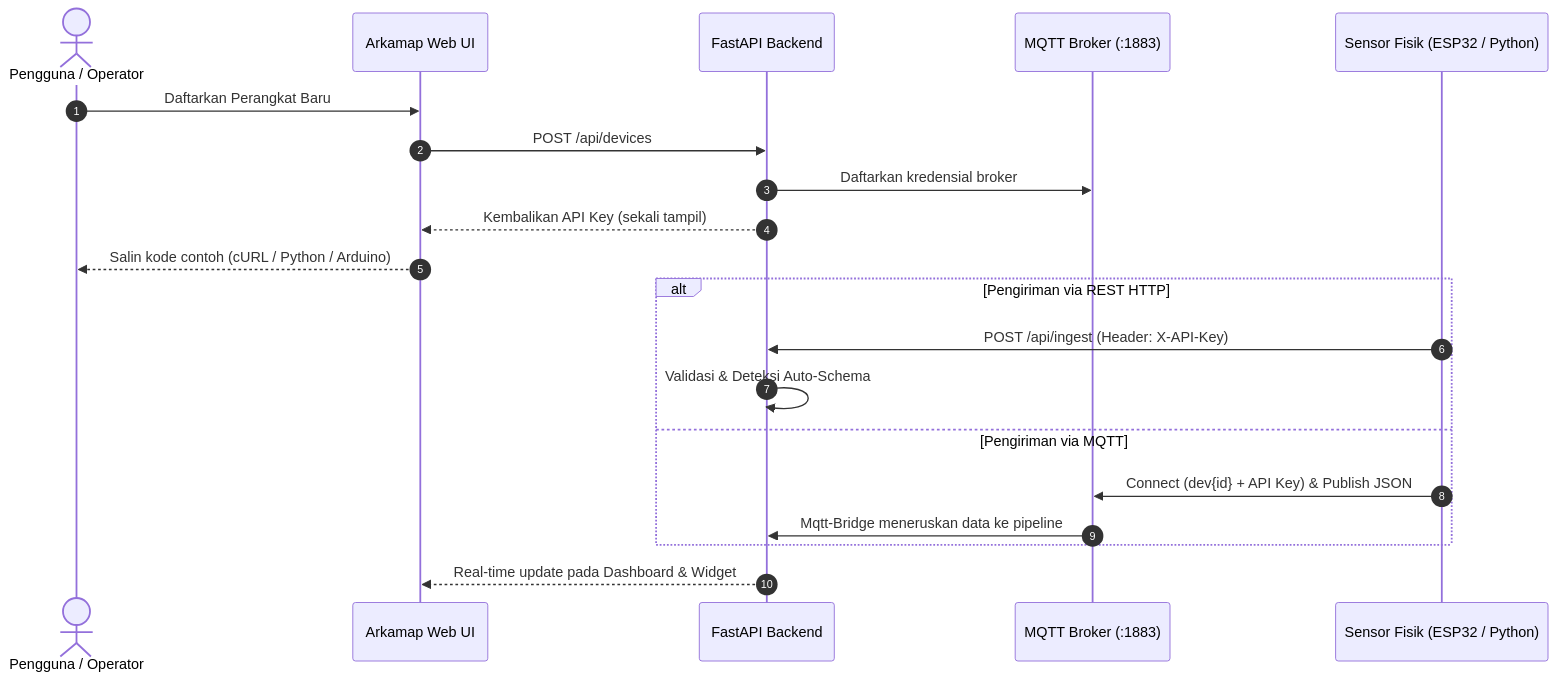
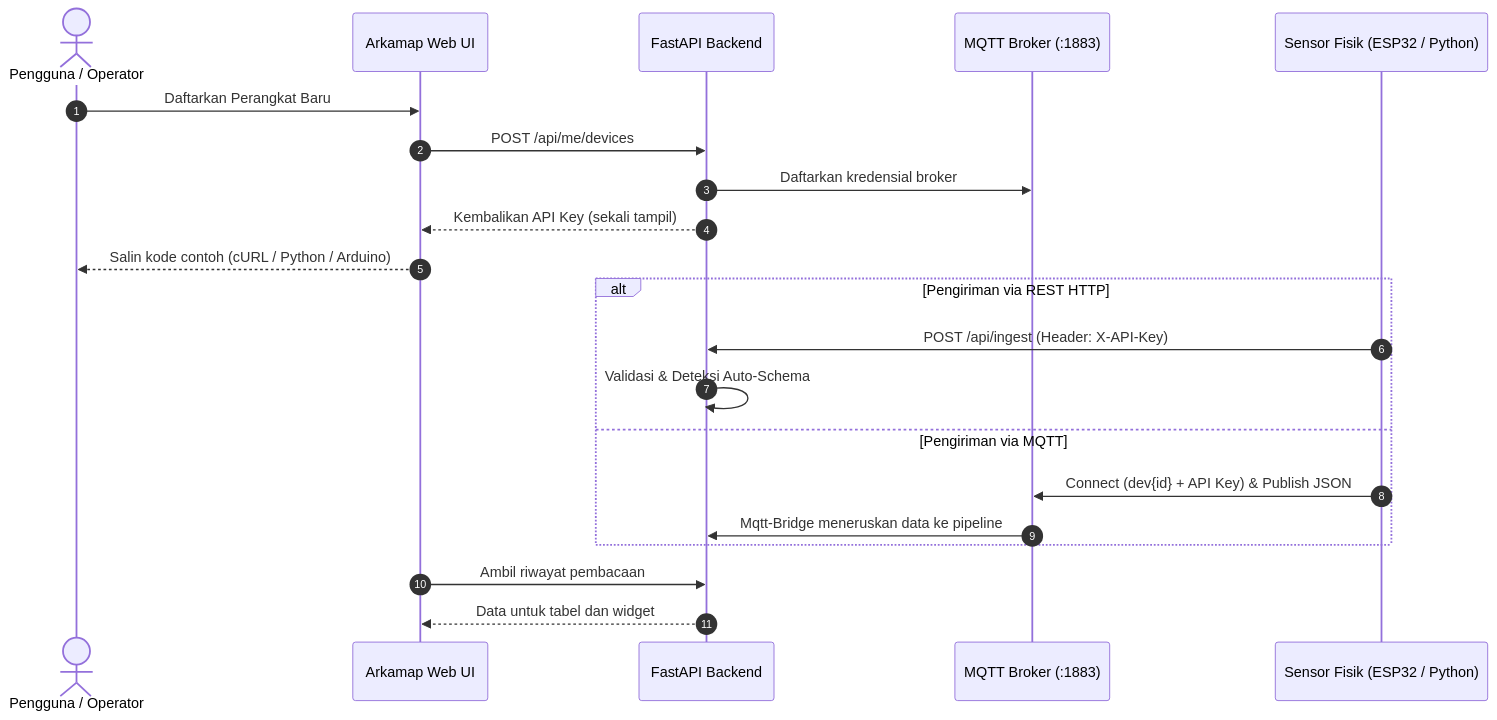
One commit to ex-machina-org/arkamap changed the second of 2 diagrams in README.md. Above: the diagram before and after it, drawn with Mermaid. The commit also changed other lines of this file and 3 other files, not shown here.

````diff
--- a/README.md
+++ b/README.md
@@ -242,24 +249,25 @@
 ```mermaid
 sequenceDiagram
     autonumber
     actor Pengguna as Pengguna / Operator
     participant UI as Arkamap Web UI
     participant API as FastAPI Backend
     participant Mosq as MQTT Broker (:1883)
     participant Device as Sensor Fisik (ESP32 / Python)
 
     Pengguna->>UI: Daftarkan Perangkat Baru
-    UI->>API: POST /api/devices
+    UI->>API: POST /api/me/devices
     API->>Mosq: Daftarkan kredensial broker
     API-->>UI: Kembalikan API Key (sekali tampil)
     UI-->>Pengguna: Salin kode contoh (cURL / Python / Arduino)
 
     alt Pengiriman via REST HTTP
         Device->>API: POST /api/ingest (Header: X-API-Key)
         API->>API: Validasi & Deteksi Auto-Schema
     else Pengiriman via MQTT
         Device->>Mosq: Connect (dev{id} + API Key) & Publish JSON
         Mosq->>API: Mqtt-Bridge meneruskan data ke pipeline
     end
-    API-->>UI: Real-time update pada Dashboard & Widget
+    UI->>API: Ambil riwayat pembacaan
+    API-->>UI: Data untuk tabel dan widget
 ```
````
